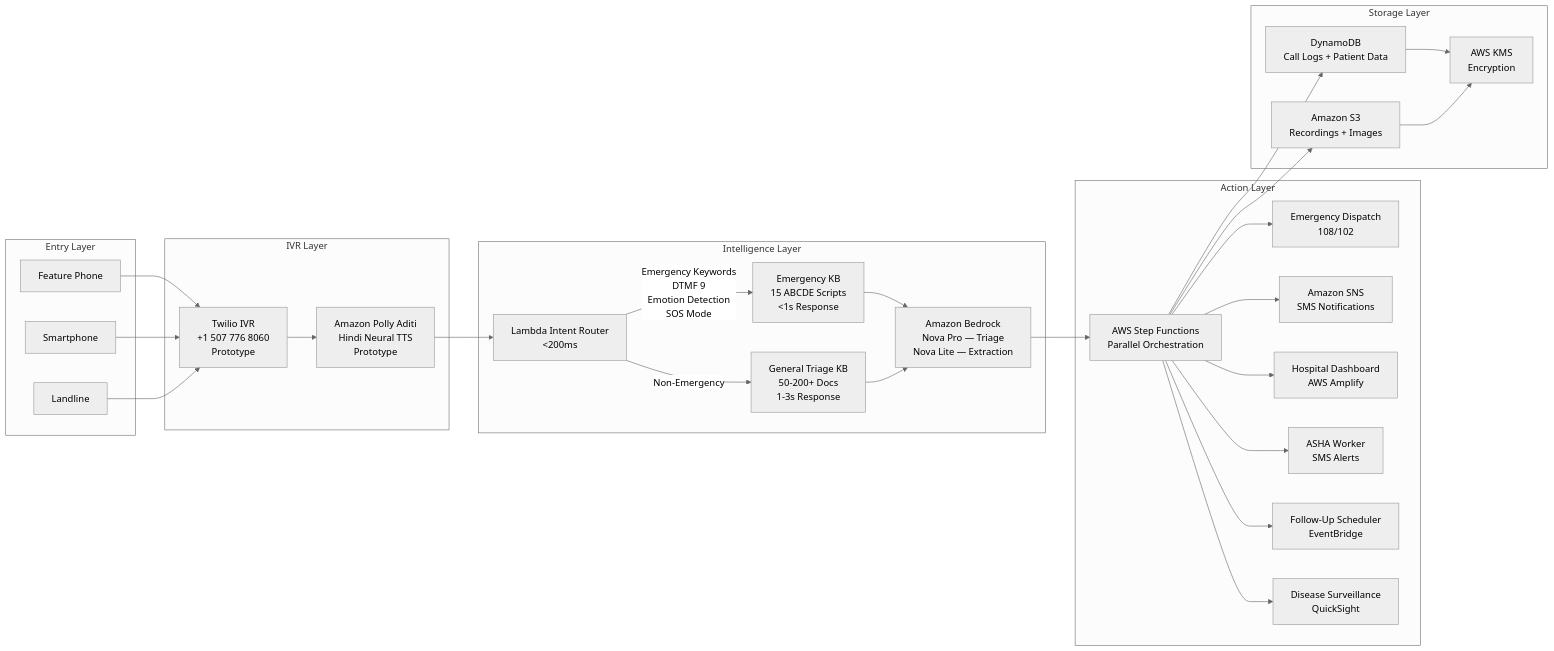
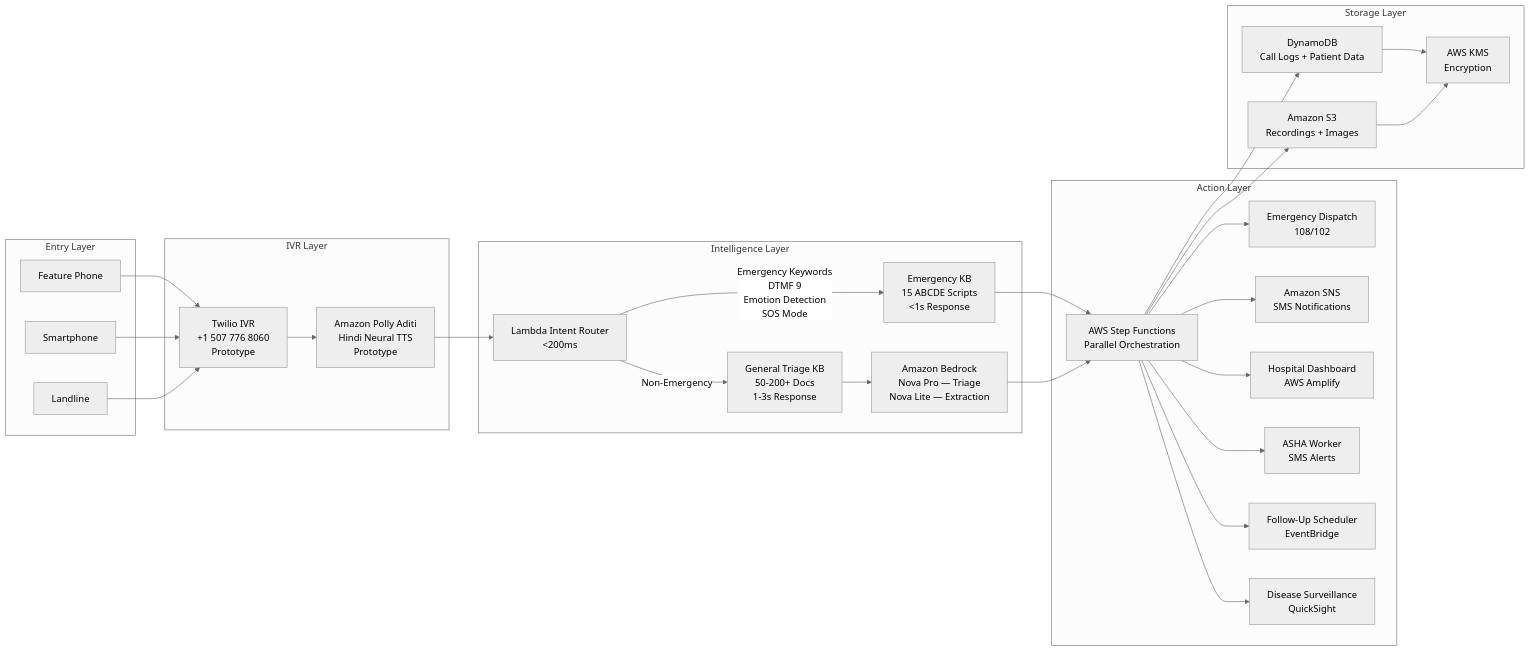
One commit to subhash1208/SavyaSachi changed the first of 4 diagrams in .kiro/specs/vaidyavaani-ivr-health-assistant/design.md. Above: the diagram before and after it, drawn with Mermaid (neutral theme). The commit also changed other lines of this file and 32 other files, not shown here.

````diff
--- a/.kiro/specs/vaidyavaani-ivr-health-assistant/design.md
+++ b/.kiro/specs/vaidyavaani-ivr-health-assistant/design.md
@@ -18,57 +18,57 @@
 ```mermaid
 graph LR
     subgraph Entry["Entry Layer"]
         FP[Feature Phone]
         SP[Smartphone]
         LL[Landline]
     end
 
     subgraph IVR["IVR Layer"]
         AC[Twilio IVR<br/>+1 507 776 8060<br/>Prototype]
         NS[Amazon Polly Aditi<br/>Hindi Neural TTS<br/>Prototype]
     end
 
     subgraph Intelligence["Intelligence Layer"]
         IR[Lambda Intent Router<br/><200ms]
         EKB[Emergency KB<br/>15 ABCDE Scripts<br/><1s Response]
         GKB[General Triage KB<br/>50-200+ Docs<br/>1-3s Response]
         BR[Amazon Bedrock<br/>Nova Pro — Triage<br/>Nova Lite — Extraction]
     end
 
     subgraph Actions["Action Layer"]
         SF[AWS Step Functions<br/>Parallel Orchestration]
         DISP[Emergency Dispatch<br/>108/102]
         SMS[Amazon SNS<br/>SMS Notifications]
         HD[Hospital Dashboard<br/>AWS Amplify]
         ASHA[ASHA Worker<br/>SMS Alerts]
         FU[Follow-Up Scheduler<br/>EventBridge]
         DS[Disease Surveillance<br/>QuickSight]
     end
 
     subgraph Storage["Storage Layer"]
         DDB[DynamoDB<br/>Call Logs + Patient Data]
         S3[Amazon S3<br/>Recordings + Images]
         KMS[AWS KMS<br/>Encryption]
     end
 
     FP --> AC
     SP --> AC
     LL --> AC
     AC --> NS
     NS --> IR
     IR -->|Emergency Keywords<br/>DTMF 9<br/>Emotion Detection<br/>SOS Mode| EKB
     IR -->|Non-Emergency| GKB
-    EKB --> BR
+    EKB --> SF
     GKB --> BR
     BR --> SF
     SF --> DISP
     SF --> SMS
     SF --> HD
     SF --> ASHA
     SF --> FU
     SF --> DS
     SF --> DDB
     SF --> S3
     DDB --> KMS
     S3 --> KMS
 ```
````
